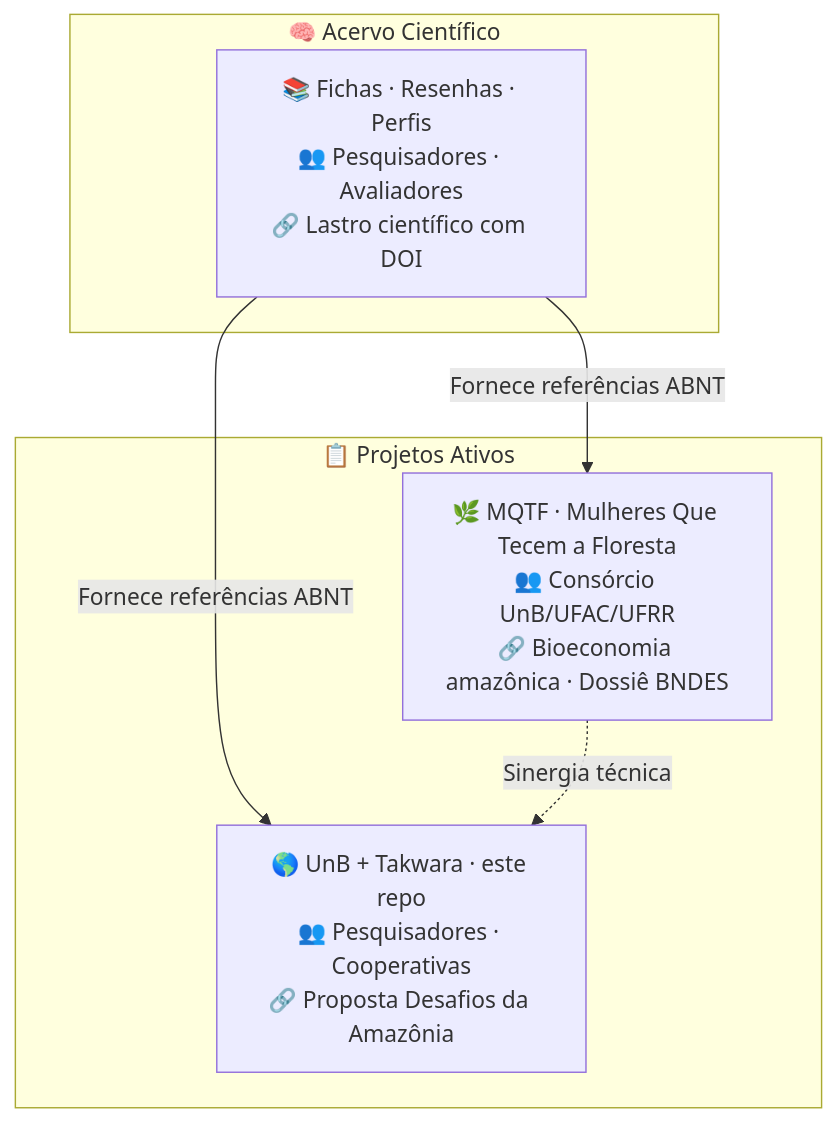
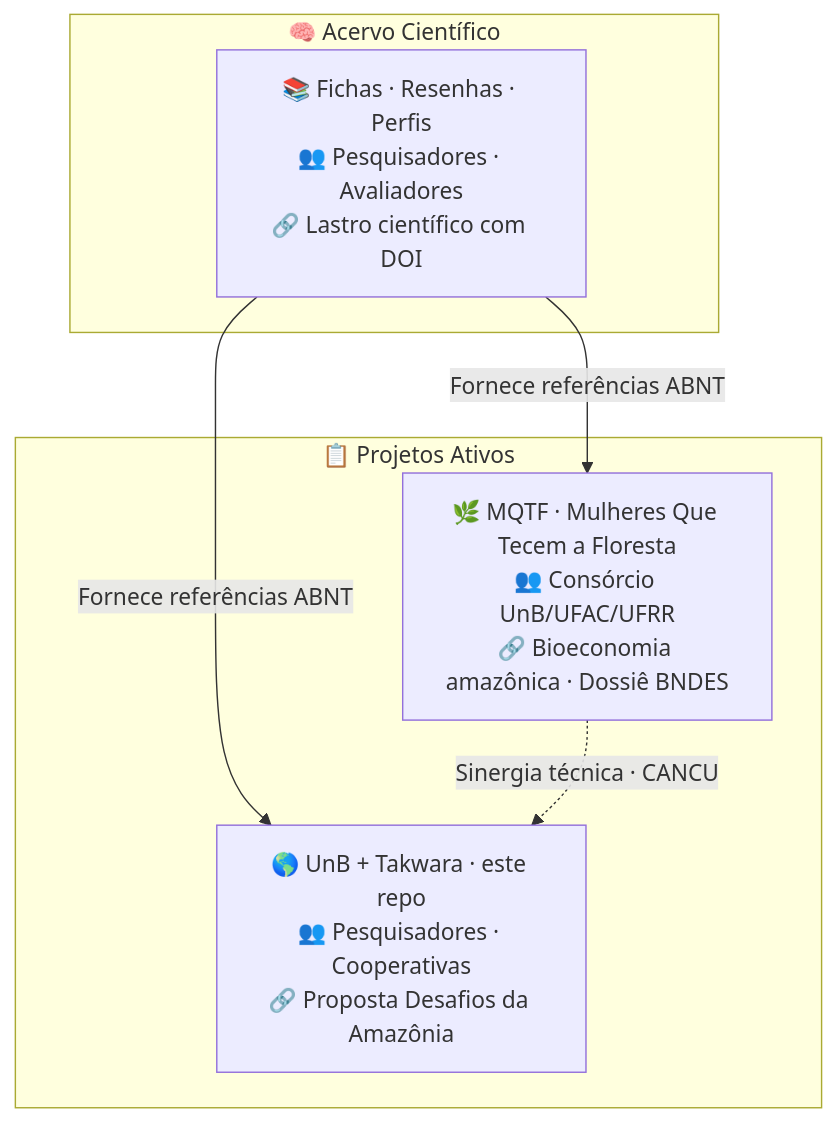
Before and after one commit to takwaratec/unb-desafios-amazonia-2026: the diagram in README.md, drawn with Mermaid. The commit also changed other lines of this file and 1 other file, not shown here.

````diff
--- a/README.md
+++ b/README.md
@@ -60,13 +89,13 @@
 ```mermaid
 flowchart TB
     subgraph Central["🧠 Acervo Científico"]
         AC["📚 Fichas · Resenhas · Perfis<br/>👥 Pesquisadores · Avaliadores<br/>🔗 Lastro científico com DOI"]
     end
     subgraph Projetos["📋 Projetos Ativos"]
         MQ["🌿 MQTF · Mulheres Que Tecem a Floresta<br/>👥 Consórcio UnB/UFAC/UFRR<br/>🔗 Bioeconomia amazônica · Dossiê BNDES"]
         DA["🌎 UnB + Takwara · este repo<br/>👥 Pesquisadores · Cooperativas<br/>🔗 Proposta Desafios da Amazônia"]
     end
     AC -->|"Fornece referências ABNT"| MQ
     AC -->|"Fornece referências ABNT"| DA
-    MQ -.->|"Sinergia técnica"| DA
+    MQ -.->|"Sinergia técnica · CANCU"| DA
 ```
````
